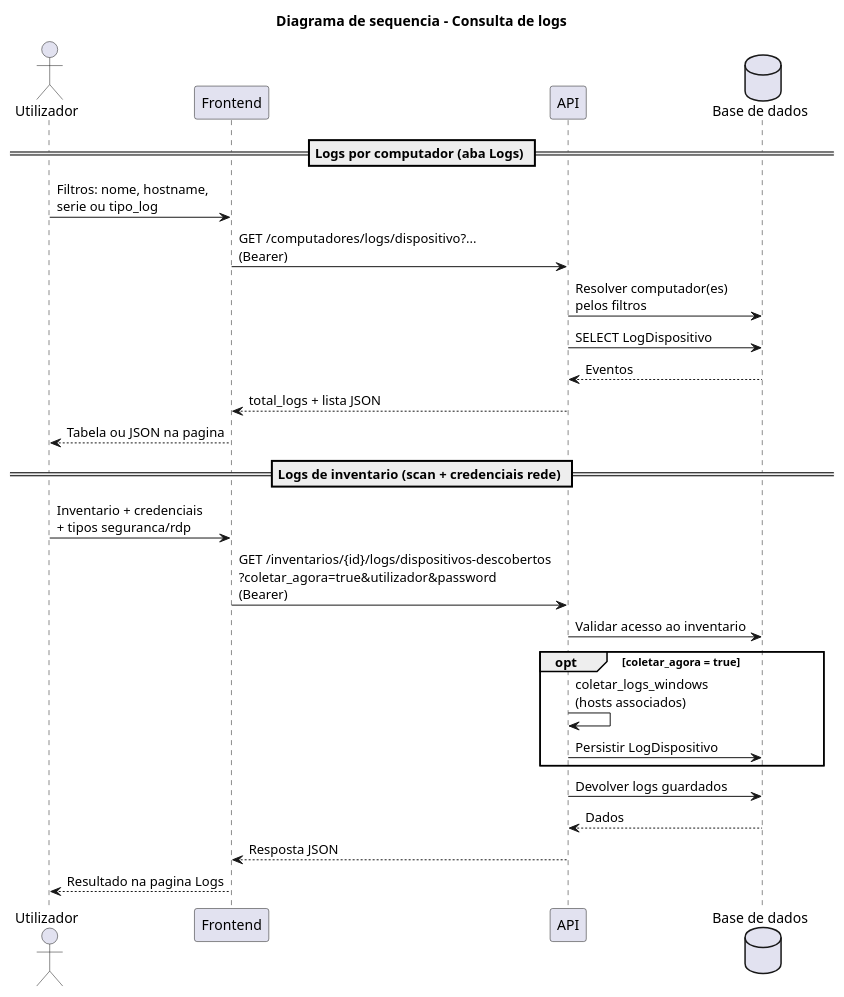
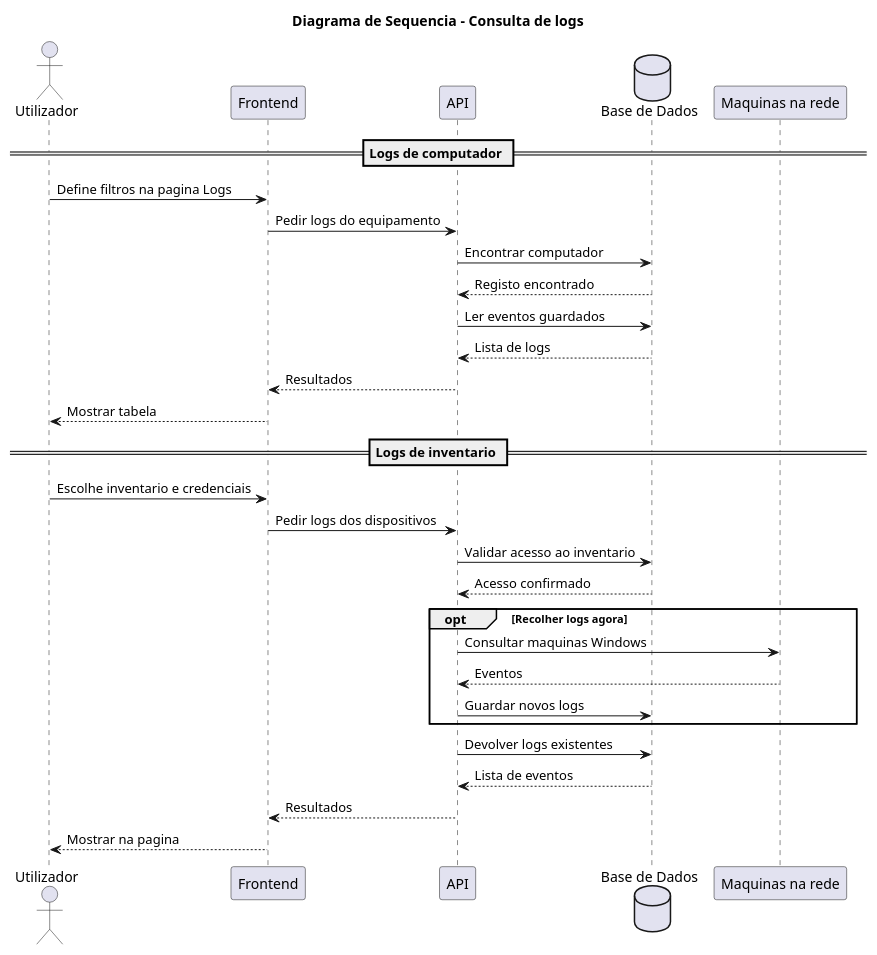
One commit to rafapinto888-web/Projeto-de-estagio changed the diagram in docs/diagramas/sequenciais/06-consulta-logs.puml. Above: the diagram before and after it, drawn with PlantUML. The commit also changed 15 other files, not shown here.

```diff
--- a/docs/diagramas/sequenciais/06-consulta-logs.puml
+++ b/docs/diagramas/sequenciais/06-consulta-logs.puml
@@ -1,37 +1,48 @@
-@startuml sequencia_consulta_logs
-skinparam shadowing false
-skinparam backgroundColor white
-title Diagrama de sequencia - Consulta de logs
+@startuml
+title Diagrama de Sequencia - Consulta de logs
 
 actor Utilizador as U
 participant Frontend as FE
 participant API as API
-database "Base de dados" as BD
+database "Base de Dados" as BD
+participant "Maquinas na rede" as REDE
 
-== Logs por computador (aba Logs) ==
+== Logs de computador ==
 
-U -> FE : Filtros: nome, hostname,\nserie ou tipo_log
-FE -> API : GET /computadores/logs/dispositivo?...\n(Bearer)
+U -> FE : Define filtros na pagina Logs
 
-API -> BD : Resolver computador(es)\npelos filtros
-API -> BD : SELECT LogDispositivo
-BD --> API : Eventos
-API --> FE : total_logs + lista JSON
-FE --> U : Tabela ou JSON na pagina
+FE -> API : Pedir logs do equipamento
 
-== Logs de inventario (scan + credenciais rede) ==
+API -> BD : Encontrar computador
+BD --> API : Registo encontrado
 
-U -> FE : Inventario + credenciais\n+ tipos seguranca/rdp
-FE -> API : GET /inventarios/{id}/logs/dispositivos-descobertos\n?coletar_agora=true&utilizador&password\n(Bearer)
+API -> BD : Ler eventos guardados
+BD --> API : Lista de logs
+
+API --> FE : Resultados
+
+FE --> U : Mostrar tabela
+
+== Logs de inventario ==
+
+U -> FE : Escolhe inventario e credenciais
+
+FE -> API : Pedir logs dos dispositivos
 
 API -> BD : Validar acesso ao inventario
-opt coletar_agora = true
-  API -> API : coletar_logs_windows\n(hosts associados)
-  API -> BD : Persistir LogDispositivo
+BD --> API : Acesso confirmado
+
+opt Recolher logs agora
+  API -> REDE : Consultar maquinas Windows
+  REDE --> API : Eventos
+  API -> BD : Guardar novos logs
 end
-API -> BD : Devolver logs guardados
-BD --> API : Dados
-API --> FE : Resposta JSON
-FE --> U : Resultado na pagina Logs
+
+API -> BD : Devolver logs existentes
+BD --> API : Lista de eventos
+
+API --> FE : Resultados
+
+FE --> U : Mostrar na pagina
 
 @enduml
```
